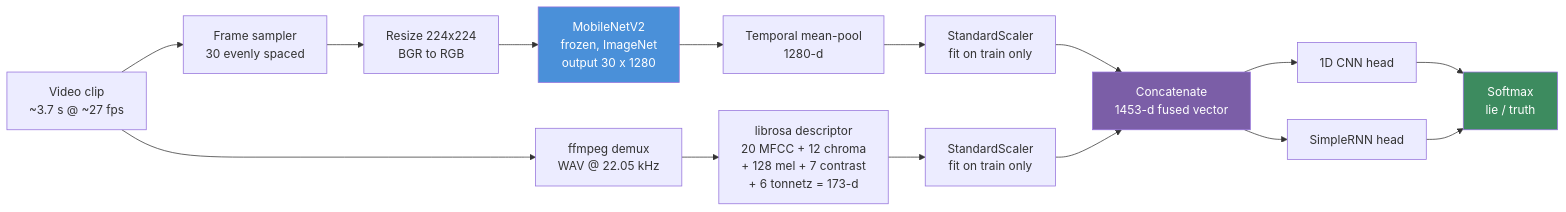
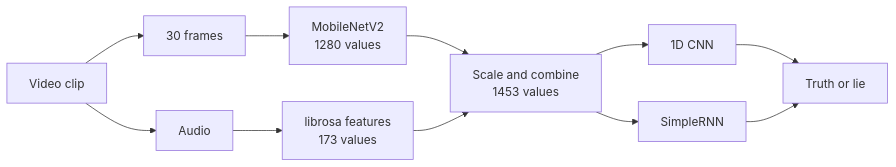
One commit to KesharaGunathilaka/True-or-Lie-Detector-AI changed the diagram in README.md. Above: the diagram before and after it, drawn with Mermaid. The commit also changed other lines of this file, not shown here.

````diff
--- a/README.md
+++ b/README.md
@@ -78,29 +20,9 @@
 ```mermaid
 flowchart LR
-    A["Video clip<br/>~3.7 s @ ~27 fps"]
-
-    A --> B["Frame sampler<br/>30 evenly spaced"]
-    A --> C["ffmpeg demux<br/>WAV @ 22.05 kHz"]
-
-    B --> D["Resize 224x224<br/>BGR to RGB"]
-    D --> E["MobileNetV2<br/>frozen, ImageNet<br/>output 30 x 1280"]
-    E --> F["Temporal mean-pool<br/>1280-d"]
-
-    C --> G["librosa descriptor<br/>20 MFCC + 12 chroma<br/>+ 128 mel + 7 contrast<br/>+ 6 tonnetz = 173-d"]
-
-    F --> H["StandardScaler<br/>fit on train only"]
-    G --> I["StandardScaler<br/>fit on train only"]
-
-    H --> J["Concatenate<br/>1453-d fused vector"]
-    I --> J
-
-    J --> K["1D CNN head"]
-    J --> L["SimpleRNN head"]
-
-    K --> M["Softmax<br/>lie / truth"]
-    L --> M
-
-    style E fill:#4a90d9,color:#fff
-    style J fill:#7b5ea7,color:#fff
-    style M fill:#3d8b5f,color:#fff
+    A[Video clip] --> B[30 frames] --> C[MobileNetV2<br/>1280 values]
+    A --> D[Audio] --> E[librosa features<br/>173 values]
+    C --> F[Scale and combine<br/>1453 values]
+    E --> F
+    F --> G[1D CNN] --> I[Truth or lie]
+    F --> H[SimpleRNN] --> I
 ```
````
